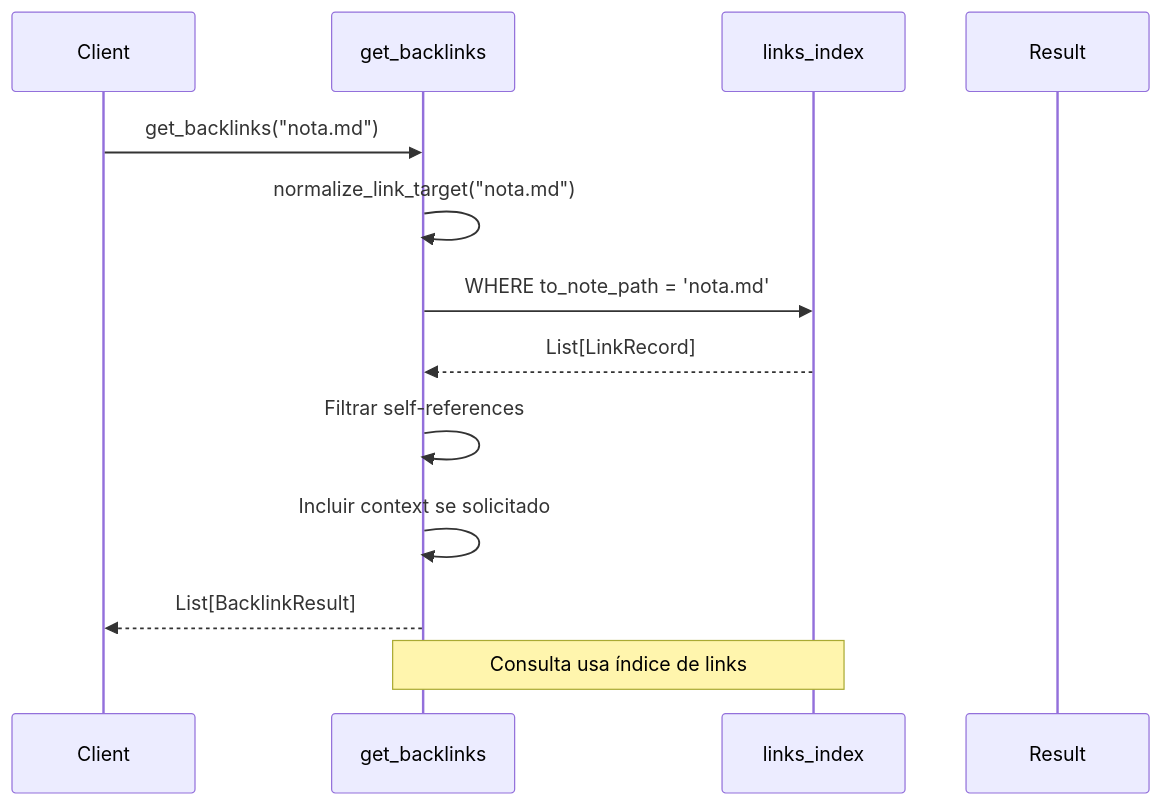
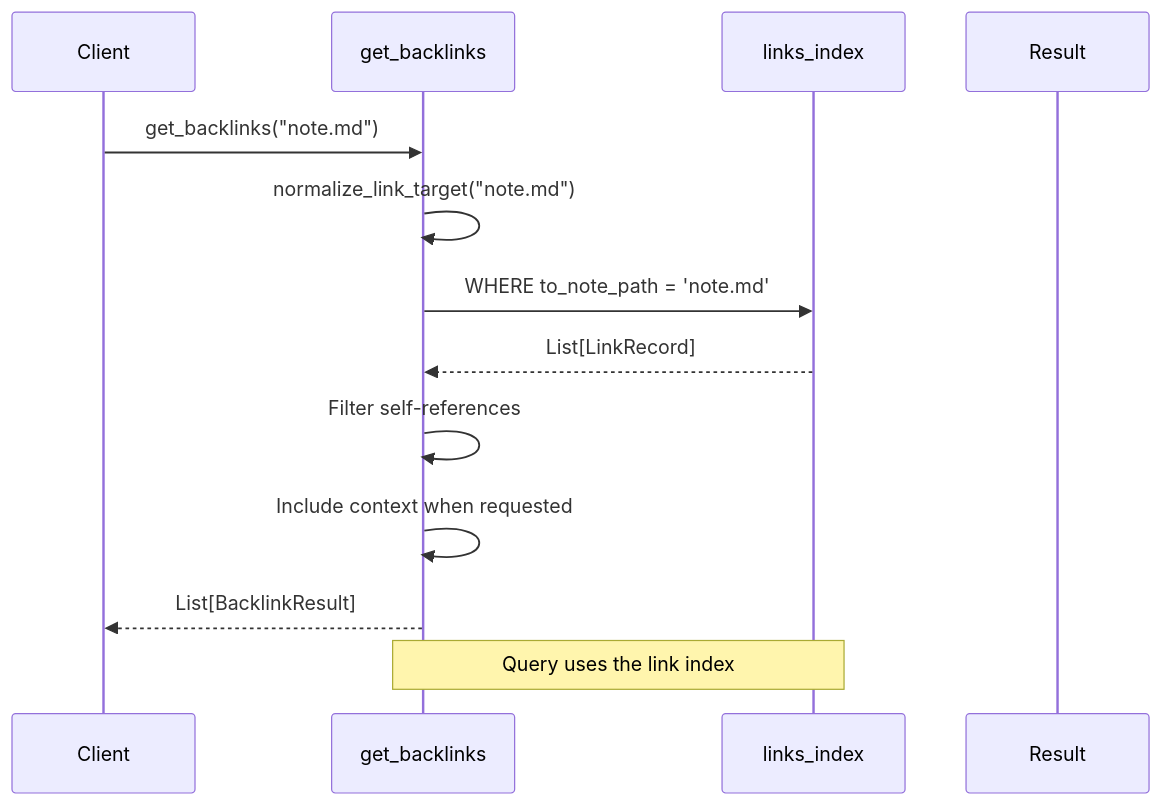
The tenth of 12 diagrams in docs/architecture/diagrams-features.md (everton-dgn/vault-search-mcp), drawn with Mermaid before and after one commit. The commit also changed other lines of this file and 200 other files, not shown here.

````diff
--- a/docs/architecture/diagrams-features.md
+++ b/docs/architecture/diagrams-features.md
@@ -296,17 +296,17 @@
 ```mermaid
 sequenceDiagram
     participant C as Client
     participant T as get_backlinks
     participant L as links_index
     participant R as Result
 
-    C->>T: get_backlinks("nota.md")
-    T->>T: normalize_link_target("nota.md")
-    T->>L: WHERE to_note_path = 'nota.md'
+    C->>T: get_backlinks("note.md")
+    T->>T: normalize_link_target("note.md")
+    T->>L: WHERE to_note_path = 'note.md'
     L-->>T: List[LinkRecord]
-    T->>T: Filtrar self-references
-    T->>T: Incluir context se solicitado
+    T->>T: Filter self-references
+    T->>T: Include context when requested
     T-->>C: List[BacklinkResult]
 
-    Note over T,L: Consulta usa índice de links
+    Note over T,L: Query uses the link index
 ```
````
